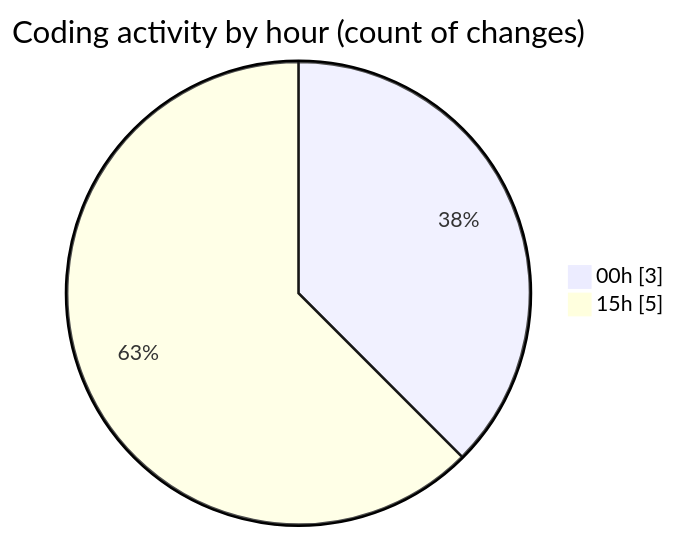
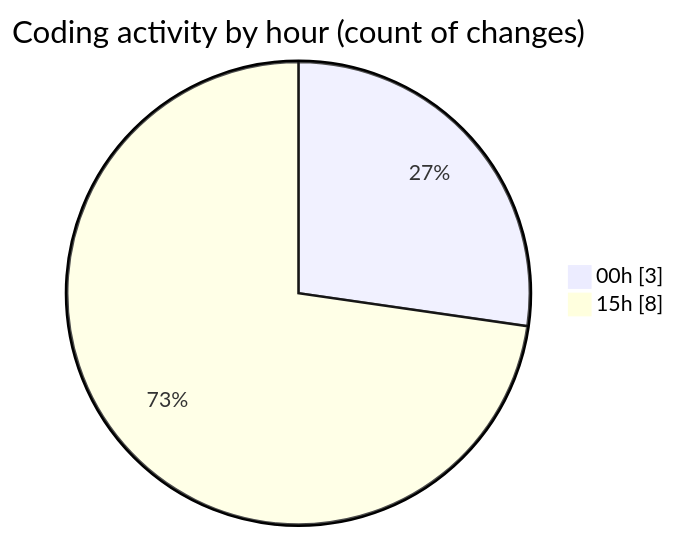
Before and after one commit to idhammustaqopulfikri/code-tracking: the second of 2 diagrams in 2025-03-30/autodidak/README.md, drawn with Mermaid. The commit also changed other lines of this file and 1 other file, not shown here.

````diff
--- a/2025-03-30/autodidak/README.md
+++ b/2025-03-30/autodidak/README.md
@@ -32,6 +33,6 @@
 ```mermaid
 pie showData
 title Coding activity by hour (count of changes)
 "00h" : 3
-"15h" : 5
+"15h" : 8
 ```
````
